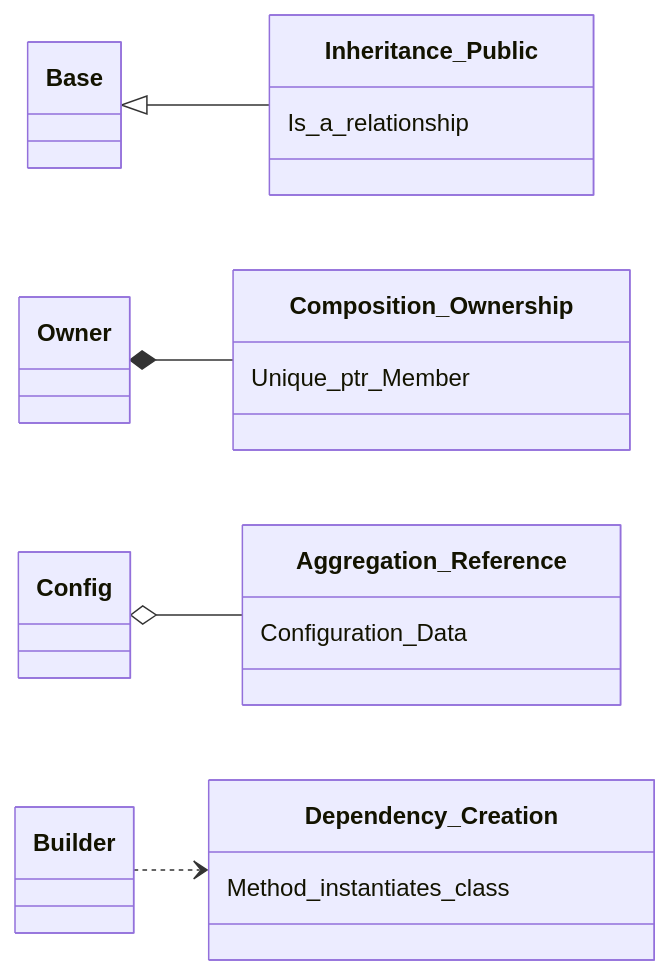
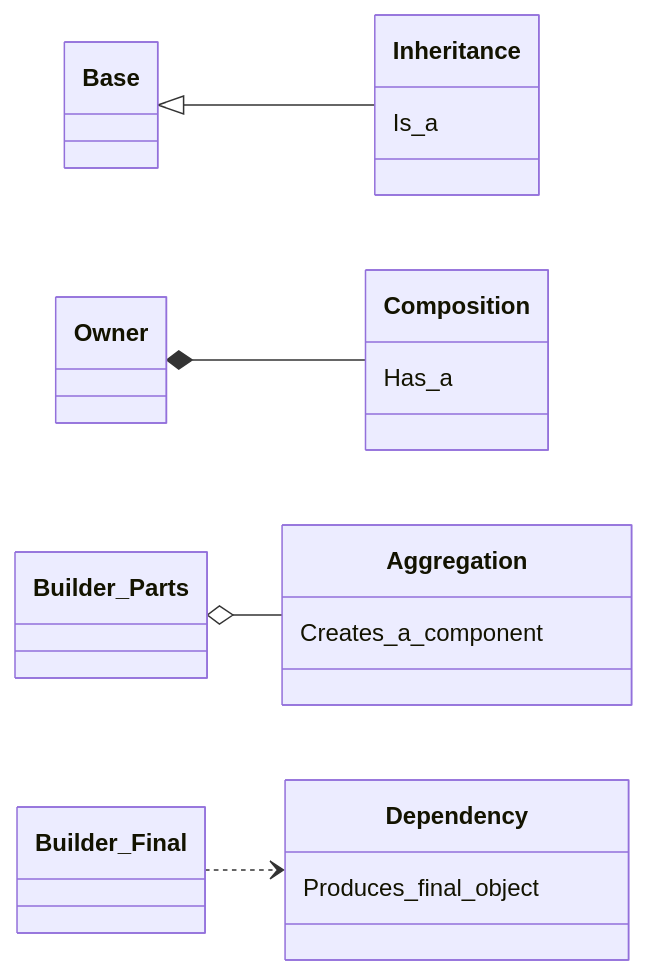
One commit to Cichlidfishexigency721/Modern-CPP-Design-Patterns changed the second of 2 diagrams in 01_Builder/Dynamic_example/diagram.md. Above: the diagram before and after it, drawn with Mermaid.

````diff
--- a/01_Builder/Dynamic_example/diagram.md
+++ b/01_Builder/Dynamic_example/diagram.md
@@ -43,13 +43,13 @@
 ```mermaid
 classDiagram
     direction LR
-    class Inheritance_Public { Is_a_relationship }
-    class Composition_Ownership { Unique_ptr_Member }
-    class Aggregation_Reference { Configuration_Data }
-    class Dependency_Creation { Method_instantiates_class }
+    class Inheritance { Is_a }
+    class Composition { Has_a }
+    class Aggregation { Creates_a_component }
+    class Dependency { Produces_final_object }
 
-    Base <|-- Inheritance_Public
-    Owner *-- Composition_Ownership
-    Config o-- Aggregation_Reference
-    Builder ..> Dependency_Creation
+    Base <|-- Inheritance
+    Owner *-- Composition
+    Builder_Parts o-- Aggregation
+    Builder_Final ..> Dependency
 ```
````
